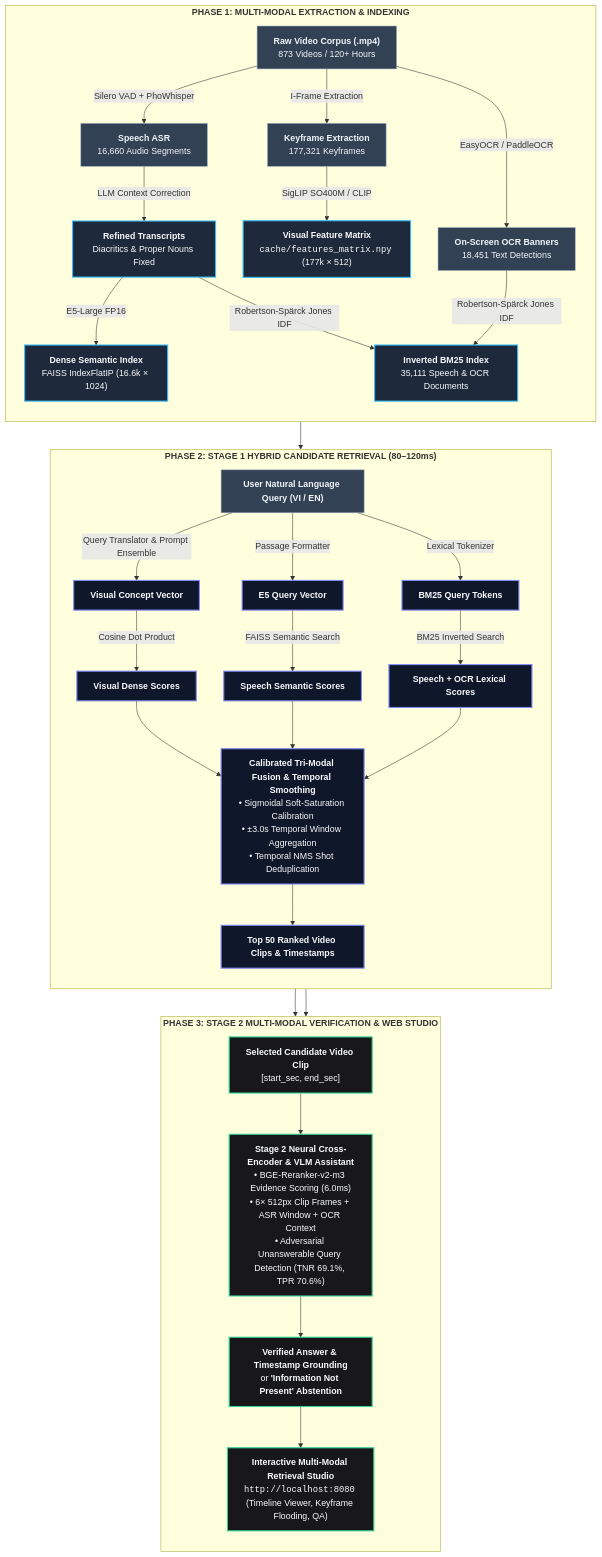
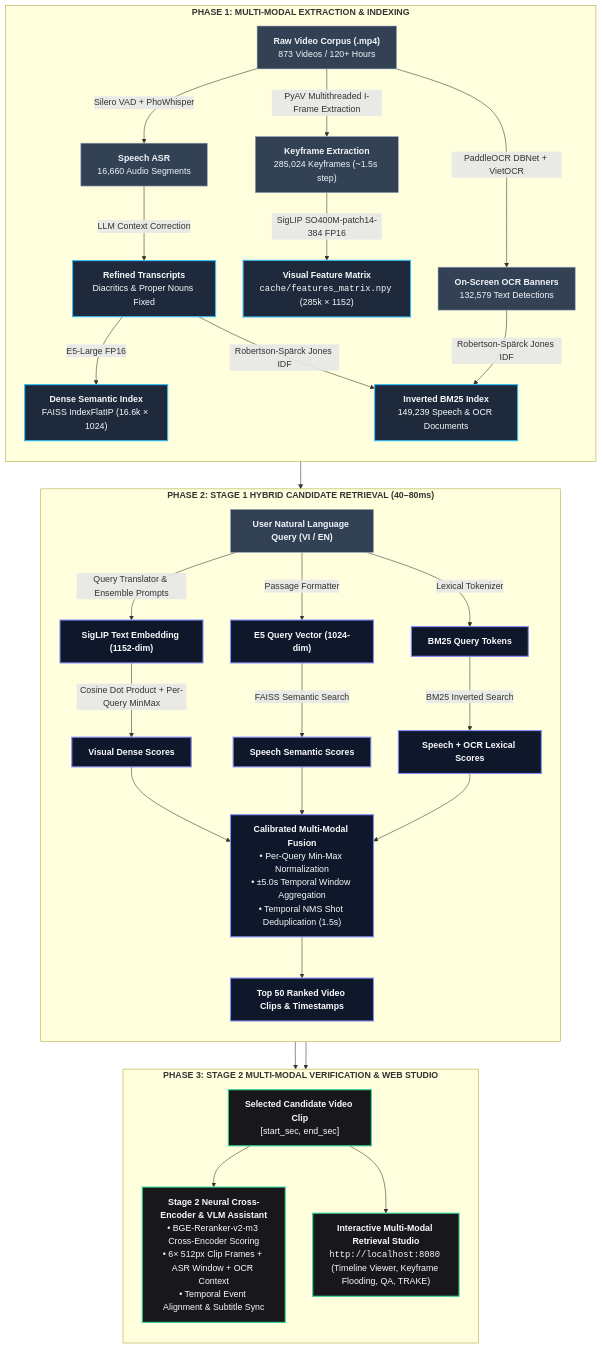
Before and after one commit to TotallyNotMinh/Multi-Modal-Video-Retrieval: the diagram in README.md, drawn with Mermaid. The commit also changed other lines of this file and 6 other files, not shown here.

Commit message:
feat(retrieval): integrate SigLIP-SO400M, unsuppressed per-query min-max normalization, clean static sweep, and updated README

````diff
--- a/README.md
+++ b/README.md
@@ -11,52 +11,51 @@
 ```mermaid
 flowchart TD
     %% Styling definitions
     classDef offline fill:#1e293b,stroke:#38bdf8,stroke-width:2px,color:#f8fafc;
     classDef online fill:#0f172a,stroke:#818cf8,stroke-width:2px,color:#f8fafc;
     classDef stage2 fill:#18181b,stroke:#34d399,stroke-width:2px,color:#f8fafc;
     classDef data fill:#334155,stroke:#94a3b8,stroke-width:1px,color:#f1f5f9;
 
     subgraph PHASE1 ["<b>PHASE 1: MULTI-MODAL EXTRACTION & INDEXING</b>"]
         direction TB
         V["<b>Raw Video Corpus (.mp4)</b><br>873 Videos / 120+ Hours"]:::data
 
-        V -->|I-Frame Extraction| KF["<b>Keyframe Extraction</b><br>177,321 Keyframes"]:::data
+        V -->|PyAV Multithreaded I-Frame Extraction| KF["<b>Keyframe Extraction</b><br>285,024 Keyframes (~1.5s step)"]:::data
         V -->|Silero VAD + PhoWhisper| ASR["<b>Speech ASR</b><br>16,660 Audio Segments"]:::data
-        V -->|EasyOCR / PaddleOCR| OCR["<b>On-Screen OCR Banners</b><br>18,451 Text Detections"]:::data
+        V -->|PaddleOCR DBNet + VietOCR| OCR["<b>On-Screen OCR Banners</b><br>132,579 Text Detections"]:::data
 
-        KF -->|SigLIP SO400M / CLIP| SIG_IDX["<b>Visual Feature Matrix</b><br><code>cache/features_matrix.npy</code> (177k × 512)"]:::offline
+        KF -->|SigLIP SO400M-patch14-384 FP16| SIG_IDX["<b>Visual Feature Matrix</b><br><code>cache/features_matrix.npy</code> (285k × 1152)"]:::offline
         ASR -->|LLM Context Correction| REF_ASR["<b>Refined Transcripts</b><br>Diacritics & Proper Nouns Fixed"]:::offline
         
         REF_ASR -->|E5-Large FP16| E5_IDX["<b>Dense Semantic Index</b><br>FAISS IndexFlatIP (16.6k × 1024)"]:::offline
-        REF_ASR & OCR -->|Robertson-Spärck Jones IDF| BM25_IDX["<b>Inverted BM25 Index</b><br>35,111 Speech & OCR Documents"]:::offline
+        REF_ASR & OCR -->|Robertson-Spärck Jones IDF| BM25_IDX["<b>Inverted BM25 Index</b><br>149,239 Speech & OCR Documents"]:::offline
     end
 
-    subgraph PHASE2 ["<b>PHASE 2: STAGE 1 HYBRID CANDIDATE RETRIEVAL (80–120ms)</b>"]
+    subgraph PHASE2 ["<b>PHASE 2: STAGE 1 HYBRID CANDIDATE RETRIEVAL (40–80ms)</b>"]
         direction TB
         Q["<b>User Natural Language Query (VI / EN)</b>"]:::data
         
-        Q -->|Query Translator & Prompt Ensemble| Q_VIS["<b>Visual Concept Vector</b>"]:::online
-        Q -->|Passage Formatter| Q_E5["<b>E5 Query Vector</b>"]:::online
+        Q -->|Query Translator & Ensemble Prompts| Q_VIS["<b>SigLIP Text Embedding (1152-dim)</b>"]:::online
+        Q -->|Passage Formatter| Q_E5["<b>E5 Query Vector (1024-dim)</b>"]:::online
         Q -->|Lexical Tokenizer| Q_BM25["<b>BM25 Query Tokens</b>"]:::online
 
-        Q_VIS -->|Cosine Dot Product| SCORE_VIS["<b>Visual Dense Scores</b>"]:::online
+        Q_VIS -->|Cosine Dot Product + Per-Query MinMax| SCORE_VIS["<b>Visual Dense Scores</b>"]:::online
         Q_E5 -->|FAISS Semantic Search| SCORE_E5["<b>Speech Semantic Scores</b>"]:::online
         Q_BM25 -->|BM25 Inverted Search| SCORE_BM25["<b>Speech + OCR Lexical Scores</b>"]:::online
 
-        SCORE_VIS & SCORE_E5 & SCORE_BM25 --> FUSE["<b>Calibrated Tri-Modal Fusion & Temporal Smoothing</b><br>• Sigmoidal Soft-Saturation Calibration<br>• ±3.0s Temporal Window Aggregation<br>• Temporal NMS Shot Deduplication"]:::online
+        SCORE_VIS & SCORE_E5 & SCORE_BM25 --> FUSE["<b>Calibrated Multi-Modal Fusion</b><br>• Per-Query Min-Max Normalization<br>• ±5.0s Temporal Window Aggregation<br>• Temporal NMS Shot Deduplication (1.5s)"]:::online
         
         FUSE --> TOP_CANDS["<b>Top 50 Ranked Video Clips & Timestamps</b>"]:::online
     end
 
     subgraph PHASE3 ["<b>PHASE 3: STAGE 2 MULTI-MODAL VERIFICATION & WEB STUDIO</b>"]
         direction TB
         TOP_CANDS --> CLIP_PICK["<b>Selected Candidate Video Clip</b><br>[start_sec, end_sec]"]:::stage2
         
-        CLIP_PICK --> VLM["<b>Stage 2 Neural Cross-Encoder & VLM Assistant</b><br>• BGE-Reranker-v2-m3 Evidence Scoring (6.0ms)<br>• 6× 512px Clip Frames + ASR Window + OCR Context<br>• Adversarial Unanswerable Query Detection (TNR 69.1%, TPR 70.6%)"]:::stage2
+        CLIP_PICK --> VLM["<b>Stage 2 Neural Cross-Encoder & VLM Assistant</b><br>• BGE-Reranker-v2-m3 Cross-Encoder Scoring<br>• 6× 512px Clip Frames + ASR Window + OCR Context<br>• Temporal Event Alignment & Subtitle Sync"]:::stage2
         
-        VLM --> OUT_ANS["<b>Verified Answer & Timestamp Grounding</b><br>or <b>'Information Not Present' Abstention</b>"]:::stage2
-        OUT_ANS --> STUDIO["<b>Interactive Multi-Modal Retrieval Studio</b><br><code>http://localhost:8080</code> (Timeline Viewer, Keyframe Flooding, QA)"]:::stage2
+        CLIP_PICK --> STUDIO["<b>Interactive Multi-Modal Retrieval Studio</b><br><code>http://localhost:8080</code> (Timeline Viewer, Keyframe Flooding, QA, TRAKE)"]:::stage2
     end
 
     PHASE1 --> PHASE2 --> PHASE3
 ```
````
